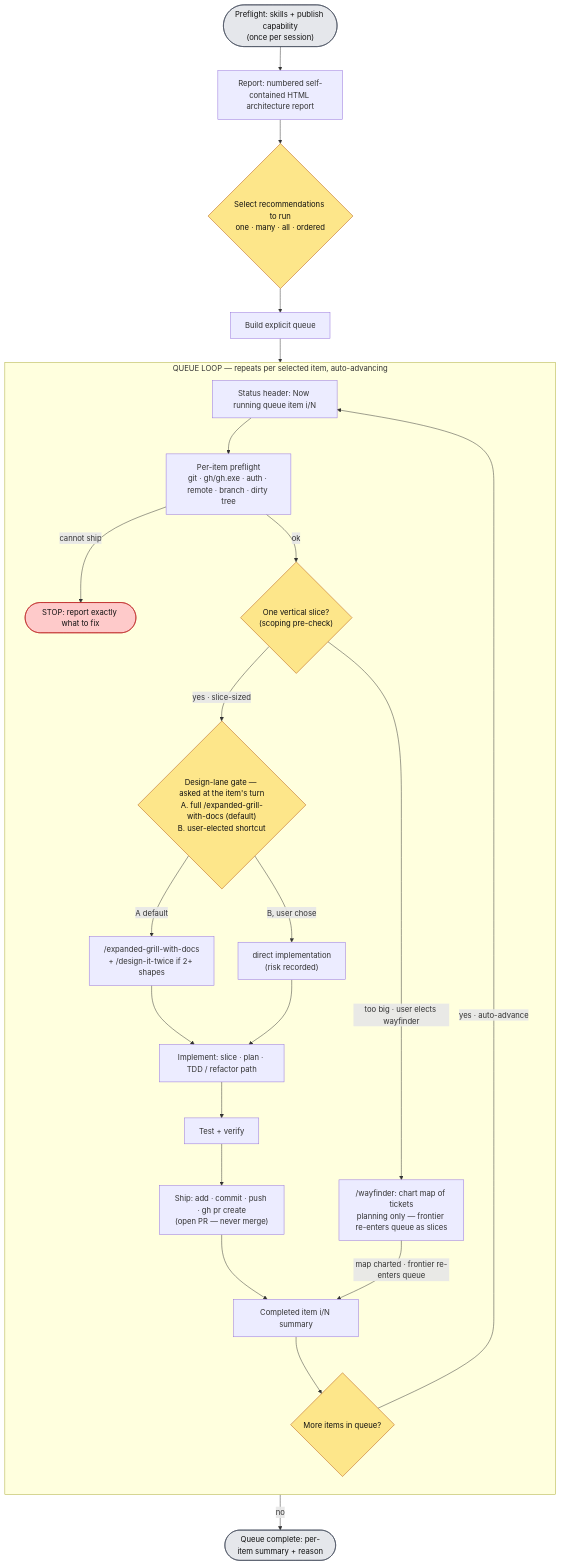
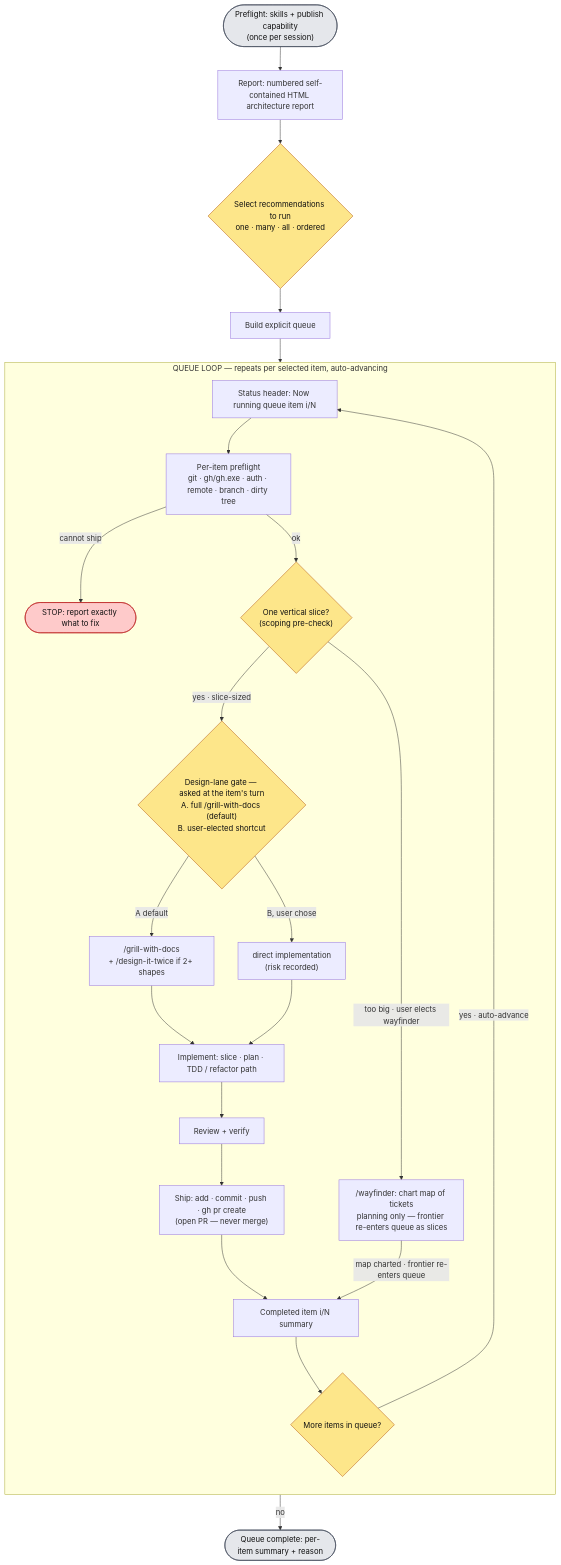
The diagram in skills/production-flywheel/SKILL.md (markwuenschel-dev/markdev-skills), drawn with Mermaid before and after one commit. The commit also changed other lines of this file and 19 other files, not shown here.

First line of the commit message:
Consolidate architecture skill under mwdev and sync flywheel.

````diff
--- a/skills/production-flywheel/SKILL.md
+++ b/skills/production-flywheel/SKILL.md
@@ -13,35 +12,35 @@
 ```mermaid
 flowchart TD
     S0(["Preflight: skills + publish capability<br/>(once per session)"]) --> S1
     S1["Report: numbered self-contained HTML architecture report"] --> S2
     S2{"Select recommendations to run<br/>one · many · all · ordered"} --> Q["Build explicit queue"]
     Q --> ITEM
 
     subgraph LOOP["QUEUE LOOP — repeats per selected item, auto-advancing"]
       direction TB
       ITEM["Status header: Now running queue item i/N"] --> P["Per-item preflight<br/>git · gh/gh.exe · auth · remote · branch · dirty tree"]
       P -->|cannot ship| STOPB(["STOP: report exactly what to fix"])
       P -->|ok| SCOPE{"One vertical slice?<br/>(scoping pre-check)"}
       SCOPE -->|"too big · user elects wayfinder"| WAY["/wayfinder: chart map of tickets<br/>planning only — frontier re-enters queue as slices"]
-      SCOPE -->|"yes · slice-sized"| LANE{"Design-lane gate — asked at the item's turn<br/>A. full /expanded-grill-with-docs (default)<br/>B. user-elected shortcut"}
-      LANE -->|A default| DESIGN["/expanded-grill-with-docs<br/>+ /design-it-twice if 2+ shapes"]
+      SCOPE -->|"yes · slice-sized"| LANE{"Design-lane gate — asked at the item's turn<br/>A. full /grill-with-docs (default)<br/>B. user-elected shortcut"}
+      LANE -->|A default| DESIGN["/grill-with-docs<br/>+ /design-it-twice if 2+ shapes"]
       LANE -->|B, user chose| DIRECT["direct implementation<br/>(risk recorded)"]
       DESIGN --> IMPL
       DIRECT --> IMPL
-      IMPL["Implement: slice · plan · TDD / refactor path"] --> TEST["Test + verify"]
+      IMPL["Implement: slice · plan · TDD / refactor path"] --> TEST["Review + verify"]
       TEST --> SHIP["Ship: add · commit · push · gh pr create<br/>(open PR — never merge)"]
       SHIP --> FOOT["Completed item i/N summary"]
       FOOT --> NEXT{"More items in queue?"}
       NEXT -->|yes · auto-advance| ITEM
     end
 
     NEXT -->|no| DONE(["Queue complete: per-item summary + reason"])
     WAY -->|"map charted · frontier re-enters queue"| FOOT
 
     classDef gate fill:#fde68a,stroke:#b45309,color:#111;
     classDef terminal fill:#e5e7eb,stroke:#374151,color:#111;
     classDef stop fill:#fecaca,stroke:#b91c1c,color:#111;
     class S2,SCOPE,LANE,NEXT gate;
     class S0,DONE terminal;
     class STOPB stop;
 ```
````
